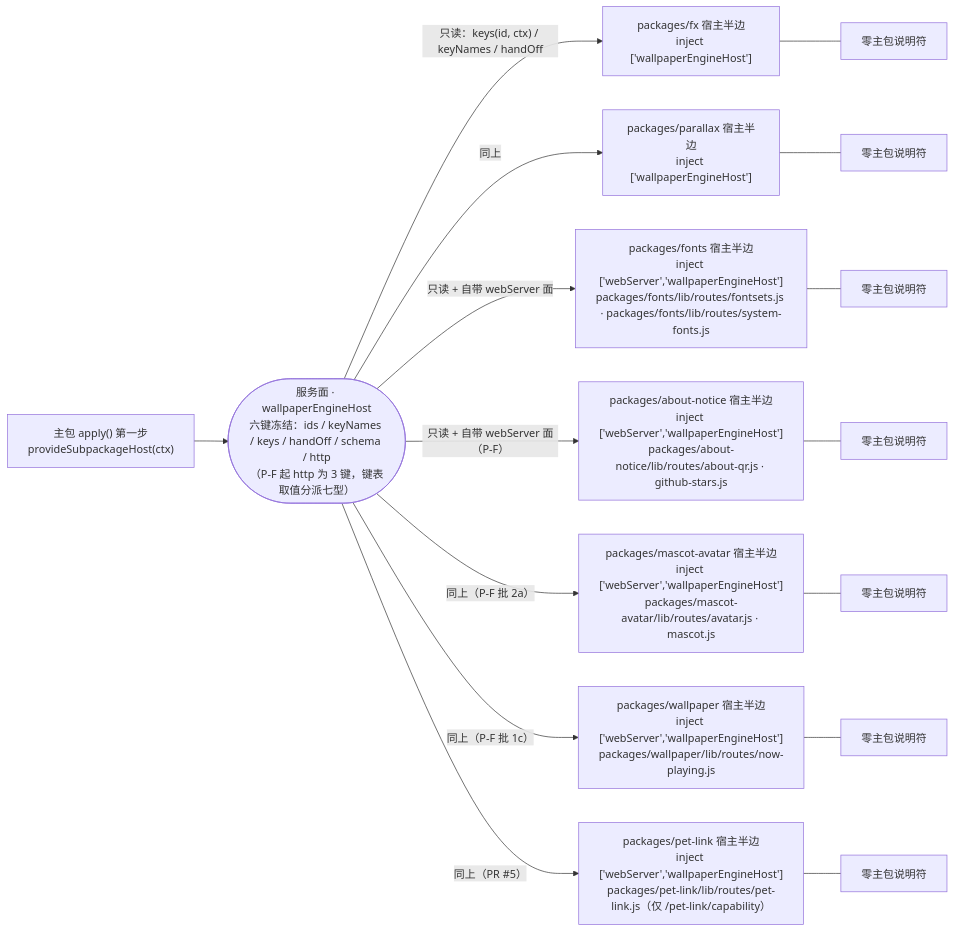
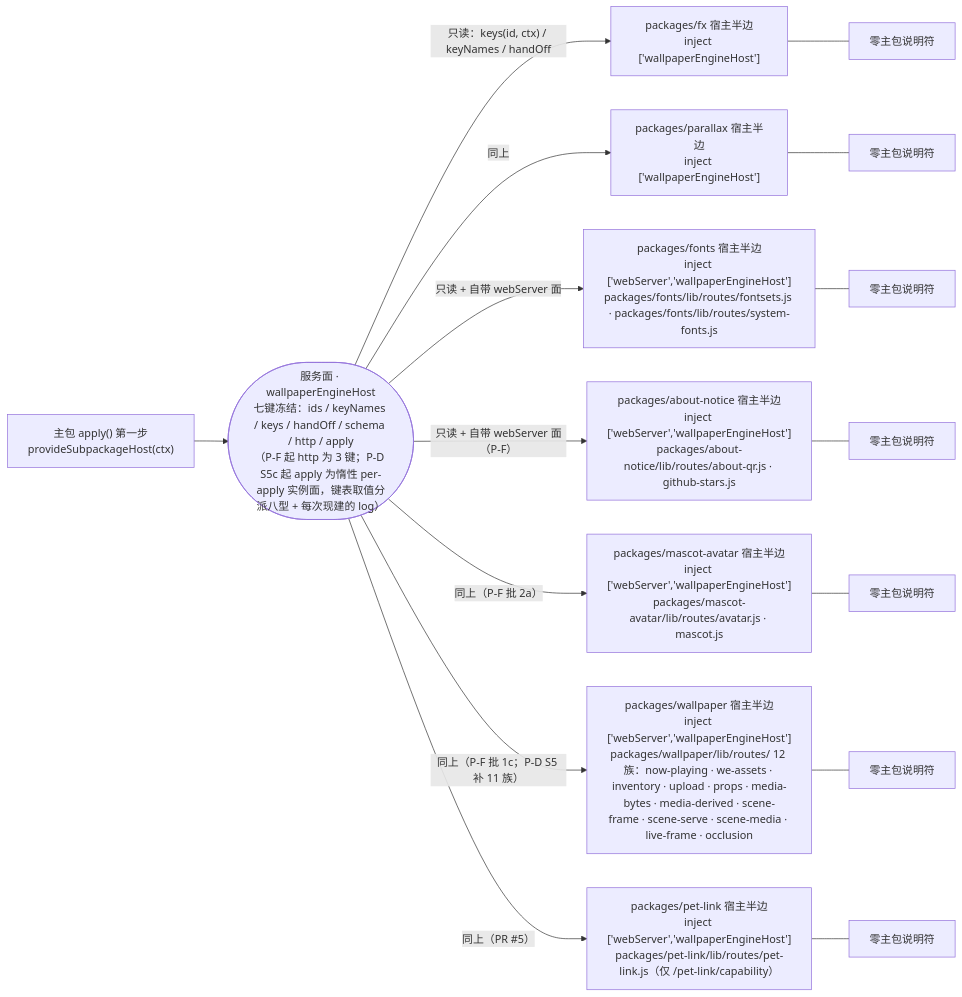
One commit to CREAMSOU/dsh-wallpaper-engine changed the second of 3 diagrams in docs/SUBPACKAGE-GRAPH.md. Above: the diagram before and after it, drawn with Mermaid. The commit also changed other lines of this file and 8 other files, not shown here.

````diff
--- a/docs/SUBPACKAGE-GRAPH.md
+++ b/docs/SUBPACKAGE-GRAPH.md
@@ -56,20 +56,20 @@
 ```mermaid
 graph LR
   APPLY["主包 apply() 第一步<br/>provideSubpackageHost(ctx)"]
-  SVC(["服务面 · wallpaperEngineHost<br/>六键冻结：ids / keyNames / keys / handOff / schema / http<br/>（P-F 起 http 为 3 键，键表取值分派七型）"])
+  SVC(["服务面 · wallpaperEngineHost<br/>七键冻结：ids / keyNames / keys / handOff / schema / http / apply<br/>（P-F 起 http 为 3 键；P-D S5c 起 apply 为惰性 per-apply 实例面，键表取值分派八型 + 每次现建的 log）"])
   APPLY --> SVC
   SVC -->|"只读：keys(id, ctx) / keyNames / handOff"| FX["packages/fx 宿主半边<br/>inject ['wallpaperEngineHost']"]
   SVC -->|"同上"| PX["packages/parallax 宿主半边<br/>inject ['wallpaperEngineHost']"]
   SVC -->|"只读 + 自带 webServer 面"| FT["packages/fonts 宿主半边<br/>inject ['webServer','wallpaperEngineHost']<br/>packages/fonts/lib/routes/fontsets.js · packages/fonts/lib/routes/system-fonts.js"]
   SVC -->|"只读 + 自带 webServer 面（P-F）"| AN["packages/about-notice 宿主半边<br/>inject ['webServer','wallpaperEngineHost']<br/>packages/about-notice/lib/routes/about-qr.js · github-stars.js"]
   SVC -->|"同上（P-F 批 2a）"| MA["packages/mascot-avatar 宿主半边<br/>inject ['webServer','wallpaperEngineHost']<br/>packages/mascot-avatar/lib/routes/avatar.js · mascot.js"]
-  SVC -->|"同上（P-F 批 1c）"| MB["packages/wallpaper 宿主半边<br/>inject ['webServer','wallpaperEngineHost']<br/>packages/wallpaper/lib/routes/now-playing.js"]
+  SVC -->|"同上（P-F 批 1c；P-D S5 补 11 族）"| MB["packages/wallpaper 宿主半边<br/>inject ['webServer','wallpaperEngineHost']<br/>packages/wallpaper/lib/routes/ 12 族：now-playing · we-assets · inventory · upload · props · media-bytes · media-derived · scene-frame · scene-serve · scene-media · live-frame · occlusion"]
   SVC -->|"同上（PR #5）"| PL["packages/pet-link 宿主半边<br/>inject ['webServer','wallpaperEngineHost']<br/>packages/pet-link/lib/routes/pet-link.js（仅 /pet-link/capability）"]
   FX --- N1["零主包说明符"]
   PX --- N2["零主包说明符"]
   FT --- N3["零主包说明符"]
   AN --- N4["零主包说明符"]
   MA --- N5["零主包说明符"]
   MB --- N6["零主包说明符"]
   PL --- N7["零主包说明符"]
 ```
````
